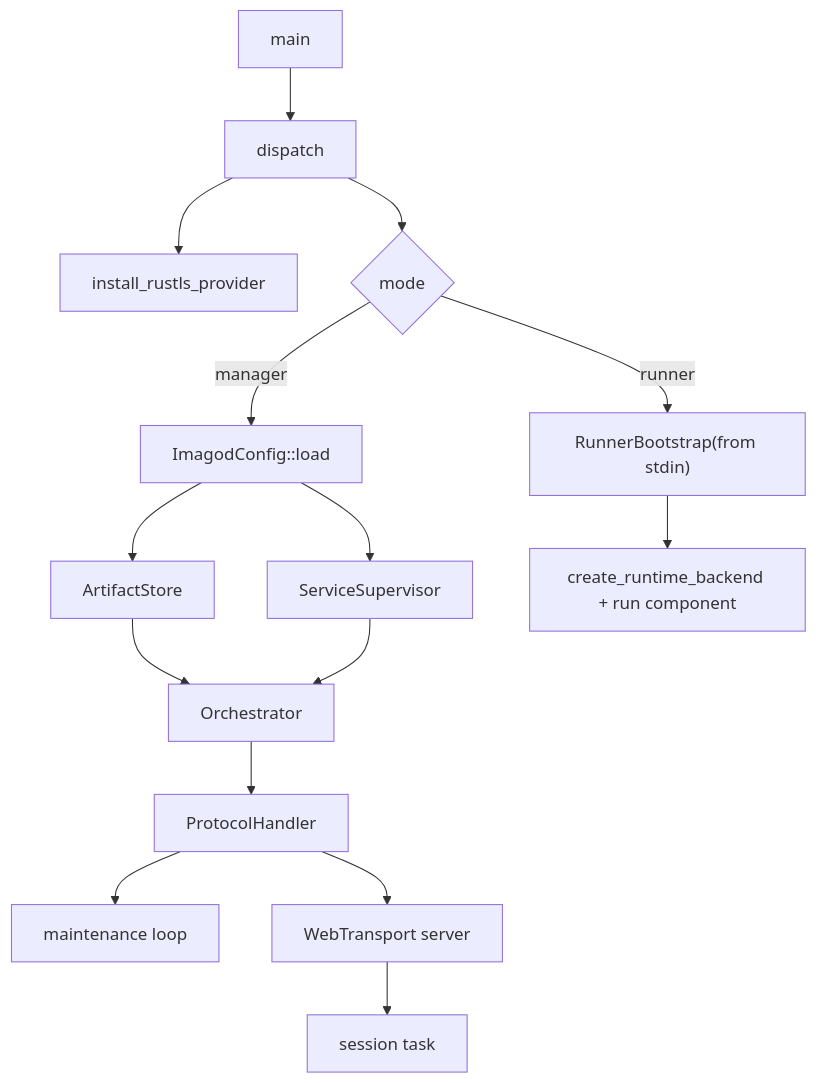
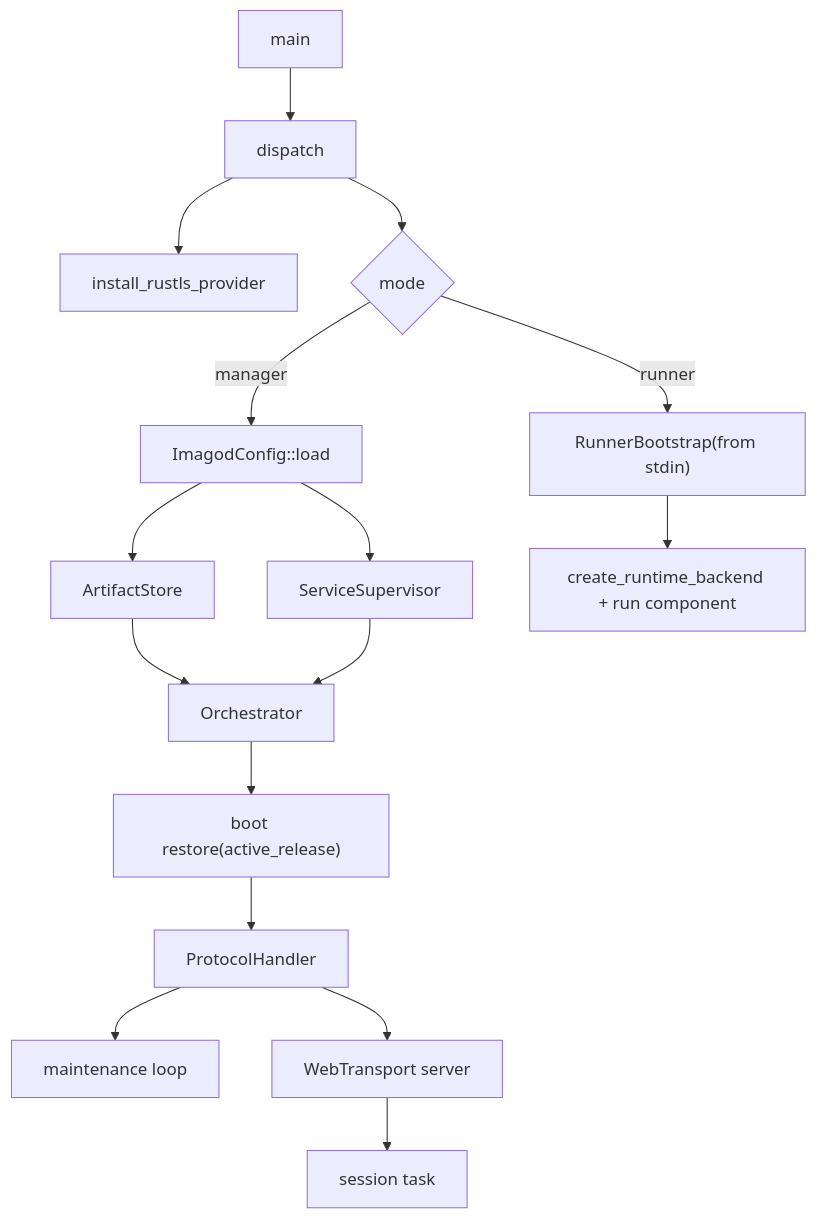
The first of 4 diagrams in docs/spec/imagod-internals.md (yieldspace/imago), drawn with Mermaid before and after one commit. The commit also changed other lines of this file and 4 other files, not shown here.

Commit message:
Add boot restore for active release services

````diff
--- a/docs/spec/imagod-internals.md
+++ b/docs/spec/imagod-internals.md
@@ -47,17 +47,18 @@
 ```mermaid
 flowchart TD
   A["main"] --> B["dispatch"]
   B --> C["install_rustls_provider"]
   B --> D{"mode"}
   D -->|manager| E["ImagodConfig::load"]
   E --> F["ArtifactStore"]
   E --> G["ServiceSupervisor"]
   F --> H["Orchestrator"]
   G --> H
-  H --> I["ProtocolHandler"]
-  I --> J["maintenance loop"]
-  I --> K["WebTransport server"]
-  K --> L["session task"]
-  D -->|runner| M["RunnerBootstrap(from stdin)"]
-  M --> N["create_runtime_backend + run component"]
+  H --> I["boot restore(active_release)"]
+  I --> J["ProtocolHandler"]
+  J --> K["maintenance loop"]
+  J --> L["WebTransport server"]
+  L --> M["session task"]
+  D -->|runner| O["RunnerBootstrap(from stdin)"]
+  O --> P["create_runtime_backend + run component"]
 ```
````
